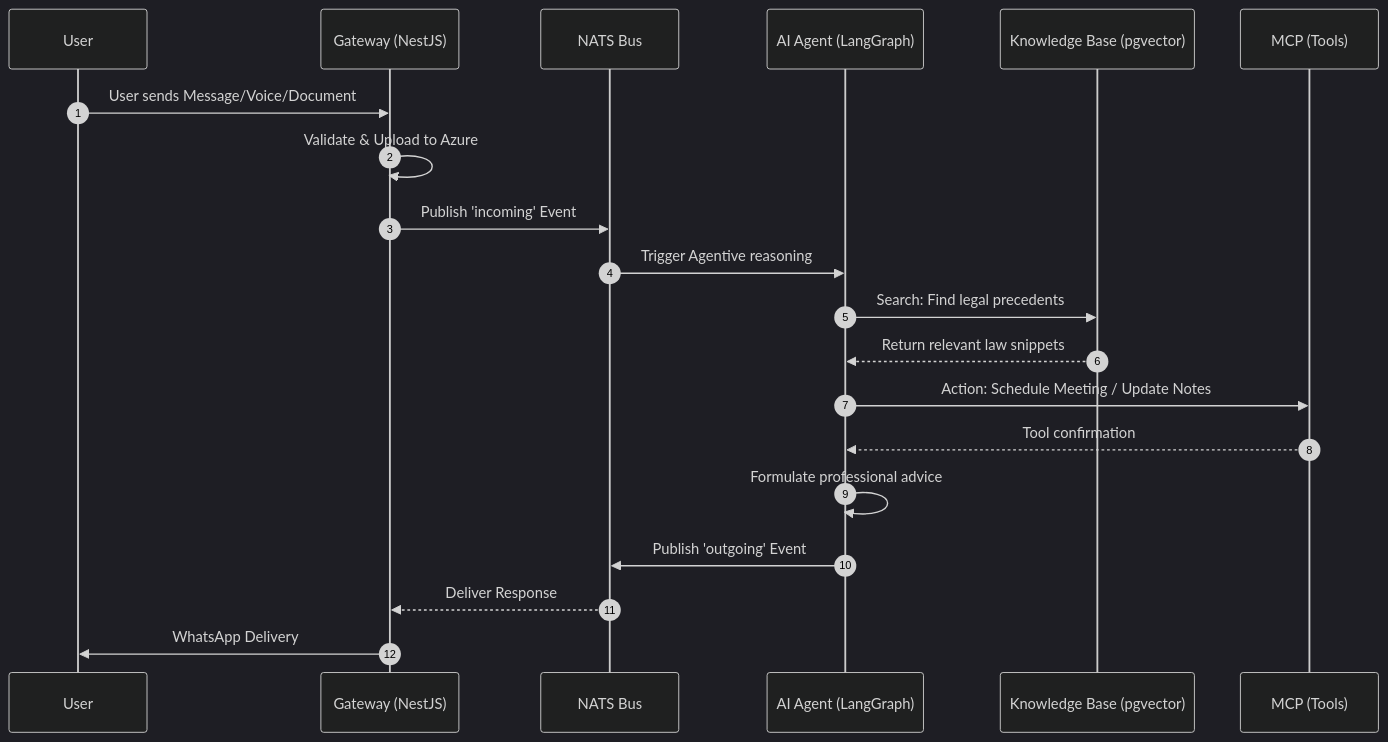
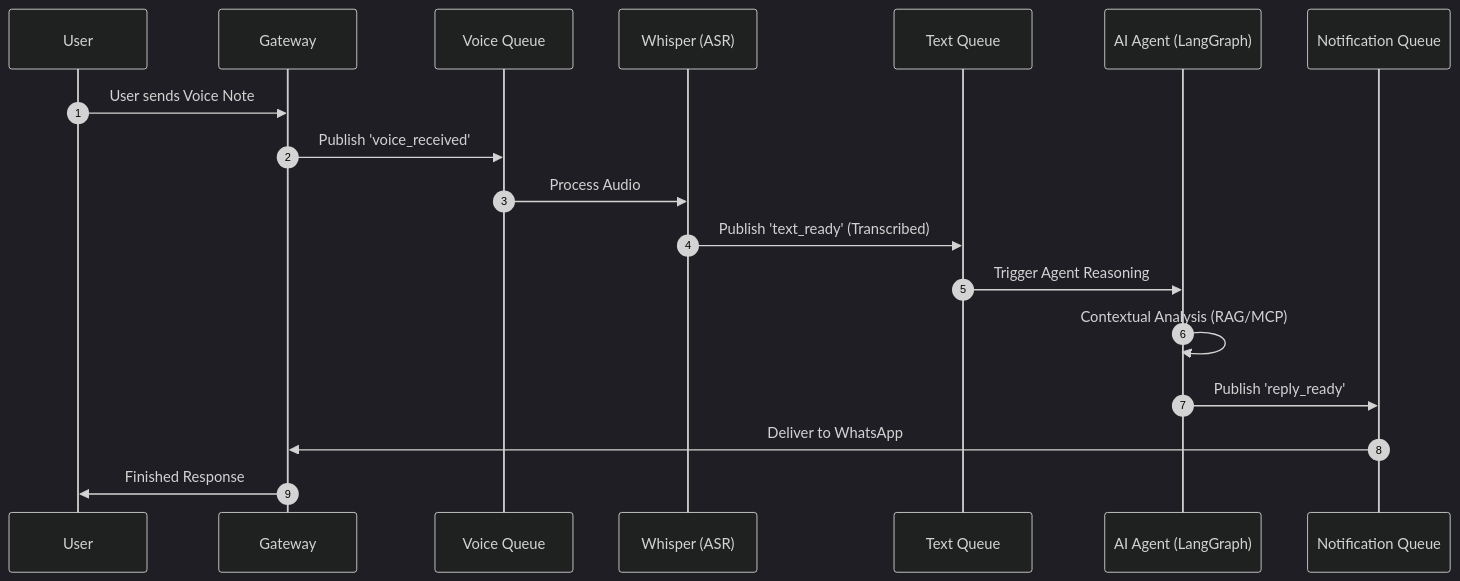
One commit to NayanthaNethsara/thekade-legalaid changed the second of 2 diagrams in docs/architecture.md. Above: the diagram before and after it, drawn with Mermaid (dark theme). The commit also changed other lines of this file, not shown here.

Commit message:
feat: update architecture diagram and documentation to reflect new Kakille service, Whisper integration, and detailed message queue flows

````diff
--- a/docs/architecture.md
+++ b/docs/architecture.md
@@ -101,23 +107,21 @@
 ```mermaid
 sequenceDiagram
     autonumber
     participant U as User
-    participant G as Gateway (NestJS)
-    participant N as NATS Bus
+    participant G as Gateway
+    participant VQ as Voice Queue
+    participant W as Whisper (ASR)
+    participant TQ as Text Queue
     participant A as AI Agent (LangGraph)
-    participant K as Knowledge Base (pgvector)
-    participant M as MCP (Tools)
+    participant NQ as Notification Queue
 
-    U->>G: User sends Message/Voice/Document
-    G->>G: Validate & Upload to Azure
-    G->>N: Publish 'incoming' Event
-    N->>A: Trigger Agentive reasoning
-    A->>K: Search: Find legal precedents
-    K-->>A: Return relevant law snippets
-    A->>M: Action: Schedule Meeting / Update Notes
-    M-->>A: Tool confirmation
-    A->>A: Formulate professional advice
-    A->>N: Publish 'outgoing' Event
-    N-->>G: Deliver Response
-    G->>U: WhatsApp Delivery
+    U->>G: User sends Voice Note
+    G->>VQ: Publish 'voice_received'
+    VQ->>W: Process Audio
+    W->>TQ: Publish 'text_ready' (Transcribed)
+    TQ->>A: Trigger Agent Reasoning
+    A->>A: Contextual Analysis (RAG/MCP)
+    A->>NQ: Publish 'reply_ready'
+    NQ->>G: Deliver to WhatsApp
+    G->>U: Finished Response
 ```
````
